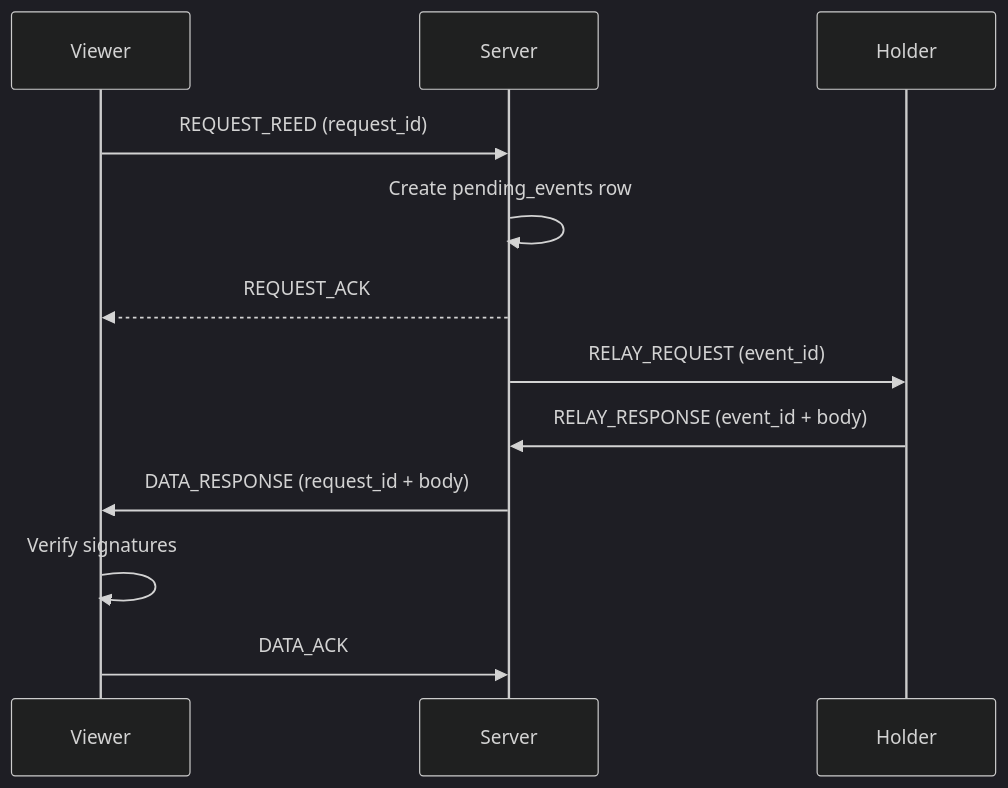
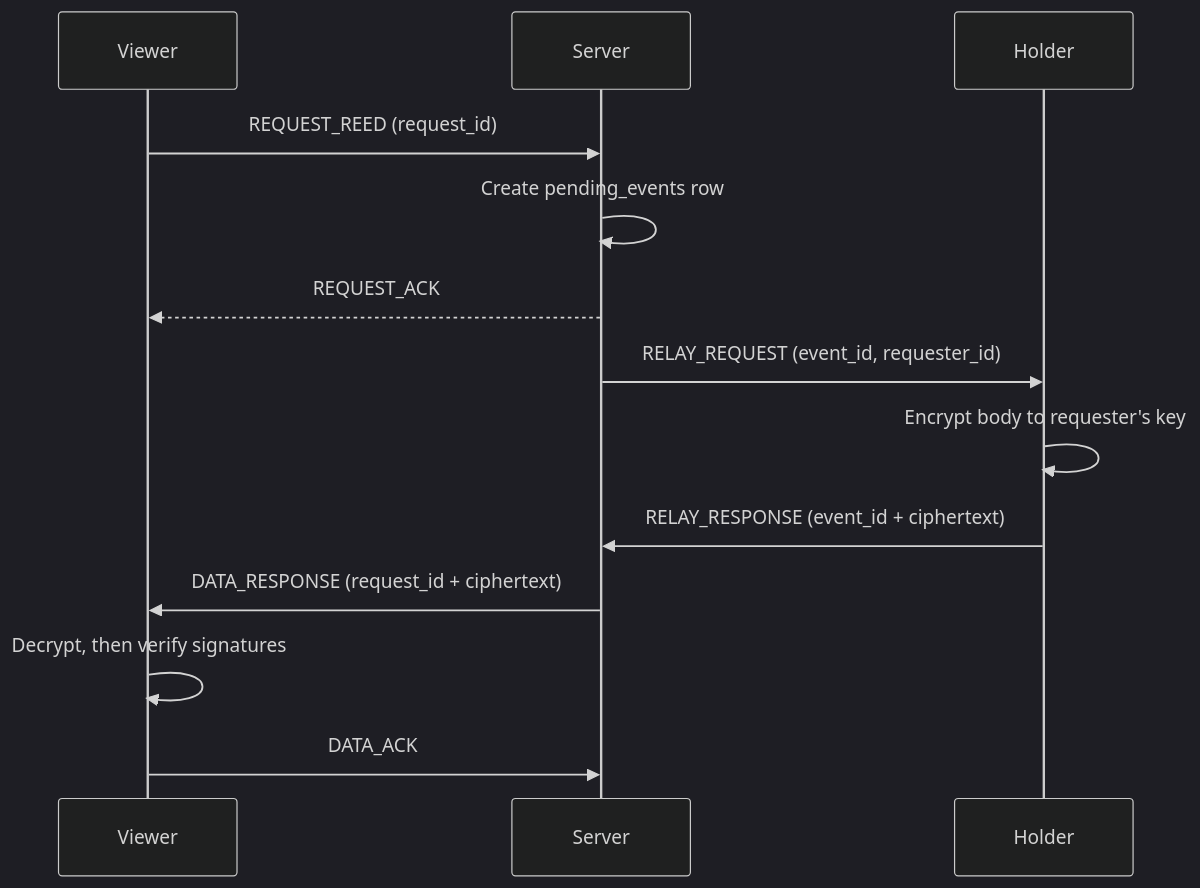
The diagram in docs/content.md (var0xyz/syrinx), drawn with Mermaid (dark theme) before and after one commit. The commit also changed other lines of this file and 39 other files, not shown here.

````diff
--- a/docs/content.md
+++ b/docs/content.md
@@ -26,14 +26,15 @@
 ```mermaid
 sequenceDiagram
   participant Viewer
   participant Server
   participant Holder
   Viewer->>Server: REQUEST_REED (request_id)
   Server->>Server: Create pending_events row
   Server-->>Viewer: REQUEST_ACK
-  Server->>Holder: RELAY_REQUEST (event_id)
-  Holder->>Server: RELAY_RESPONSE (event_id + body)
-  Server->>Viewer: DATA_RESPONSE (request_id + body)
-  Viewer->>Viewer: Verify signatures
+  Server->>Holder: RELAY_REQUEST (event_id, requester_id)
+  Holder->>Holder: Encrypt body to requester's key
+  Holder->>Server: RELAY_RESPONSE (event_id + ciphertext)
+  Server->>Viewer: DATA_RESPONSE (request_id + ciphertext)
+  Viewer->>Viewer: Decrypt, then verify signatures
   Viewer->>Server: DATA_ACK
 ```
````
